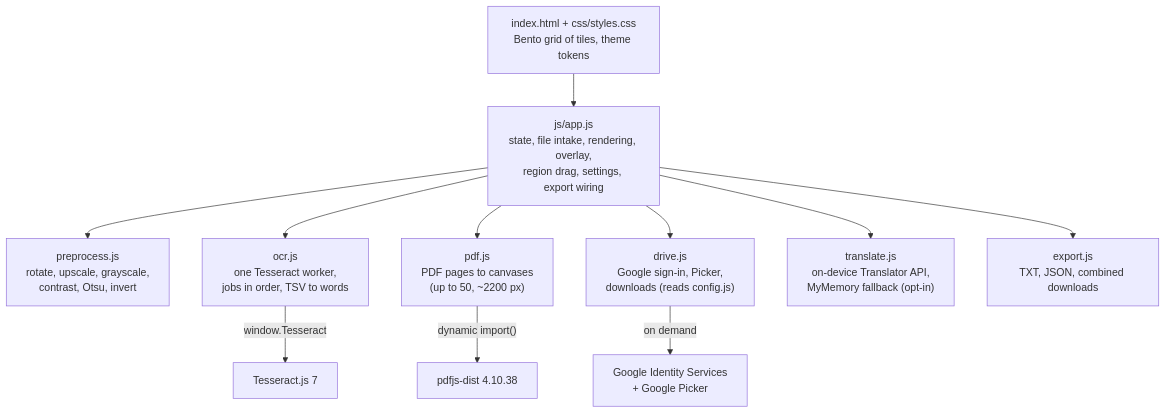
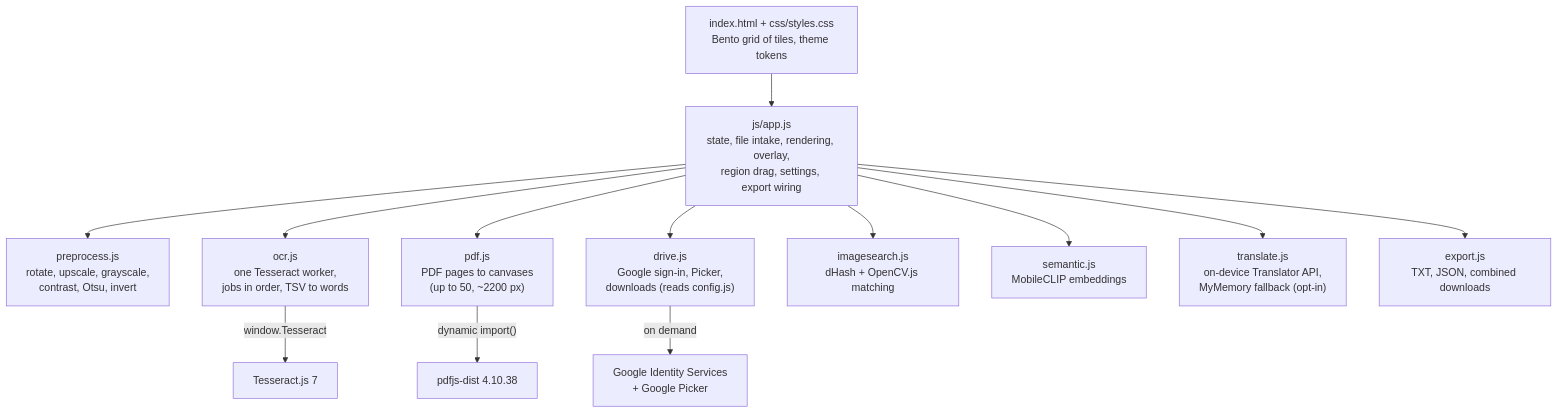
One commit to bharathdrive-ai/imageRecognition changed the second of 3 diagrams in ARCHITECTURE.md. Above: the diagram before and after it, drawn with Mermaid. The commit also changed other lines of this file and 7 other files, not shown here.

````diff
--- a/ARCHITECTURE.md
+++ b/ARCHITECTURE.md
@@ -43,13 +43,15 @@
 ```mermaid
 flowchart TB
     index["index.html + css/styles.css<br/>Bento grid of tiles, theme tokens"] --> app["js/app.js<br/>state, file intake, rendering, overlay,<br/>region drag, settings, export wiring"]
     app --> pre["preprocess.js<br/>rotate, upscale, grayscale,<br/>contrast, Otsu, invert"]
     app --> ocr["ocr.js<br/>one Tesseract worker,<br/>jobs in order, TSV to words"]
     app --> pdf["pdf.js<br/>PDF pages to canvases<br/>(up to 50, ~2200 px)"]
     app --> drive["drive.js<br/>Google sign-in, Picker,<br/>downloads (reads config.js)"]
+    app --> isearch["imagesearch.js<br/>dHash + OpenCV.js matching"]
+    app --> sem["semantic.js<br/>MobileCLIP embeddings"]
     app --> tr["translate.js<br/>on-device Translator API,<br/>MyMemory fallback (opt-in)"]
     app --> exp["export.js<br/>TXT, JSON, combined downloads"]
     ocr -- "window.Tesseract" --> tess["Tesseract.js 7"]
     pdf -- "dynamic import()" --> pdfjs["pdfjs-dist 4.10.38"]
     drive -- "on demand" --> google["Google Identity Services<br/>+ Google Picker"]
 ```
````
